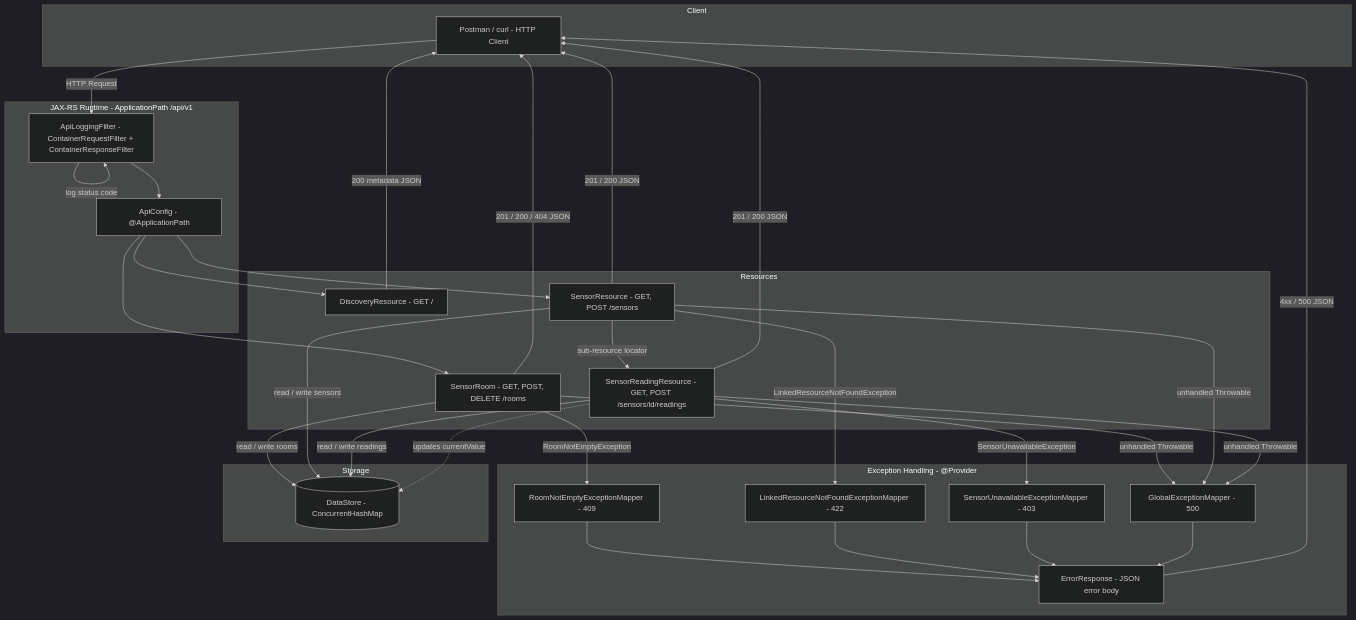
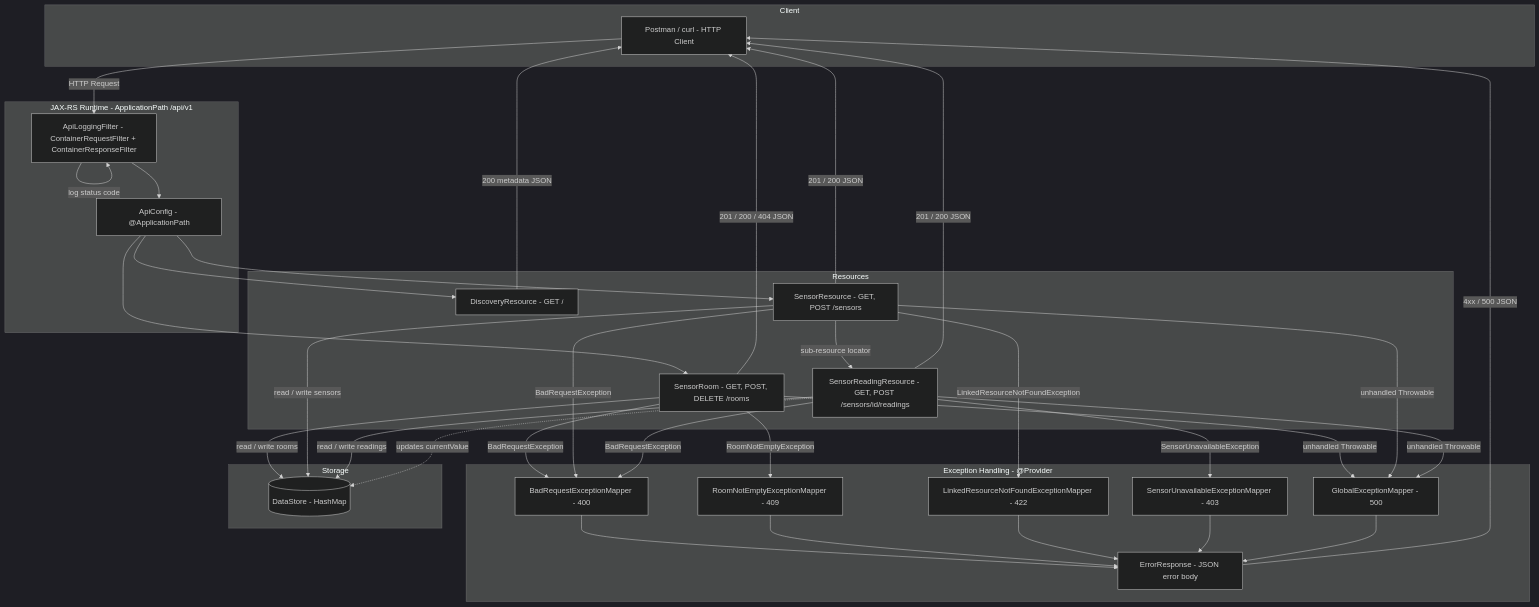
Before and after one commit to DulshanV/SmartCampusAPI: the diagram in README.md, drawn with Mermaid (dark theme). The commit also changed other lines of this file and 6 other files, not shown here.

````diff
--- a/README.md
+++ b/README.md
@@ -17,60 +17,63 @@
 ```mermaid
 graph TD
     subgraph Client
         PM["Postman / curl - HTTP Client"]
     end
 
     subgraph JAXRS["JAX-RS Runtime - ApplicationPath /api/v1"]
         CFG["ApiConfig - @ApplicationPath"]
         LOG["ApiLoggingFilter - ContainerRequestFilter + ContainerResponseFilter"]
     end
 
     subgraph Resources
         DISC["DiscoveryResource - GET /"]
         ROOM["SensorRoom - GET, POST, DELETE /rooms"]
         SENS["SensorResource - GET, POST /sensors"]
         READ["SensorReadingResource - GET, POST /sensors/id/readings"]
     end
 
     subgraph ExceptionHandling["Exception Handling - @Provider"]
+        BREM["BadRequestExceptionMapper - 400"]
         RNEM["RoomNotEmptyExceptionMapper - 409"]
         LRNM["LinkedResourceNotFoundExceptionMapper - 422"]
         SUEM["SensorUnavailableExceptionMapper - 403"]
         GEX["GlobalExceptionMapper - 500"]
         ERR["ErrorResponse - JSON error body"]
     end
 
     subgraph Storage
-        DS[("DataStore - ConcurrentHashMap")]
+        DS[("DataStore - HashMap")]
     end
 
     PM -->|HTTP Request| LOG
     LOG -->|log method + URI| LOG
     LOG --> CFG
     CFG --> DISC
     CFG --> ROOM
     CFG --> SENS
     SENS -->|sub-resource locator| READ
 
     ROOM -->|read / write rooms| DS
     SENS -->|read / write sensors| DS
     READ -->|read / write readings| DS
     READ -.->|updates currentValue| DS
 
     ROOM -->|RoomNotEmptyException| RNEM
+    ROOM & SENS & READ -->|BadRequestException| BREM
     SENS -->|LinkedResourceNotFoundException| LRNM
     READ -->|SensorUnavailableException| SUEM
     ROOM & SENS & READ -->|unhandled Throwable| GEX
 
+    BREM --> ERR
     RNEM --> ERR
     LRNM --> ERR
     SUEM --> ERR
     GEX --> ERR
 
     DISC -->|200 metadata JSON| PM
     ROOM -->|201 / 200 / 404 JSON| PM
     SENS -->|201 / 200 JSON| PM
     READ -->|201 / 200 JSON| PM
     ERR -->|4xx / 500 JSON| PM
     LOG -->|log status code| LOG
 ```
````
